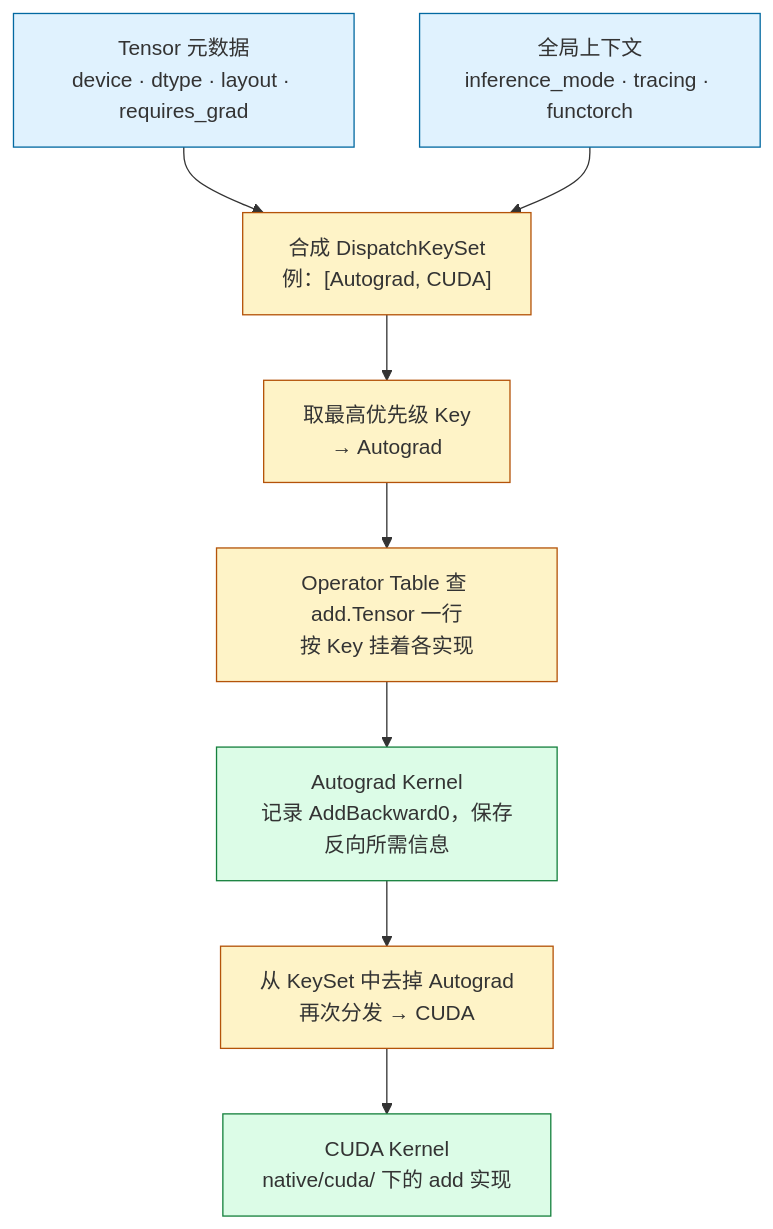
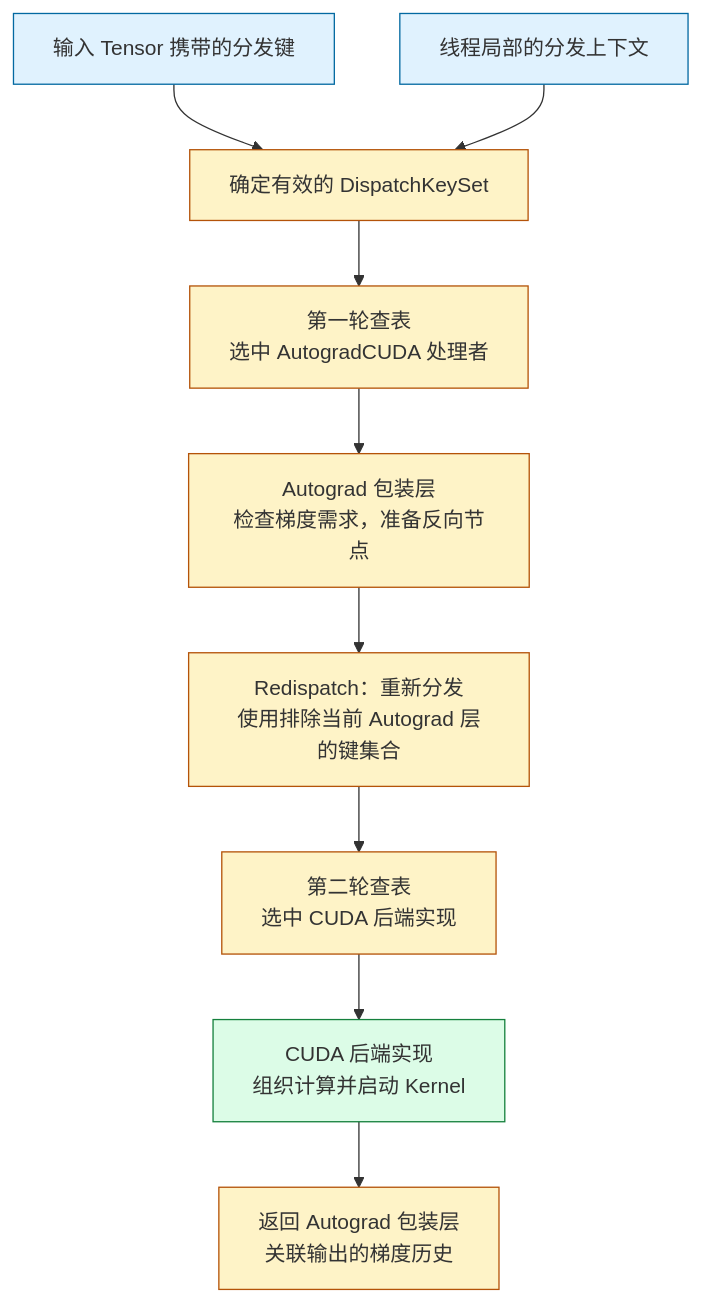
One commit to arganzheng/arganzheng.github.com changed the third of 5 diagrams in _posts/2026-02-17-pytorch-overall-introduction.md. Above: the diagram before and after it, drawn with Mermaid. The commit also changed other lines of this file, not shown here.

Commit message:
优化动态视图总览图

````diff
--- a/_posts/2026-02-17-pytorch-overall-introduction.md
+++ b/_posts/2026-02-17-pytorch-overall-introduction.md
@@ -830,23 +850,25 @@
 ```mermaid
-%% 图：Dispatcher 的两轮查表：先命中 Autograd 记录反向节点，去掉自身 Key 再分发到 CUDA kernel
 flowchart TB
-    META["Tensor 元数据<br/>device · dtype · layout · requires_grad"]
-    CTX["全局上下文<br/>inference_mode · tracing · functorch"]
-    KS["合成 DispatchKeySet<br/>例：#91;Autograd, CUDA#93;"]
-    TOP["取最高优先级 Key<br/>→ Autograd"]
-    TBL["Operator Table 查 add.Tensor 一行<br/>按 Key 挂着各实现"]
-    AG["Autograd Kernel<br/>记录 AddBackward0，保存反向所需信息"]
-    RED["从 KeySet 中去掉 Autograd<br/>再次分发 → CUDA"]
-    CU["CUDA Kernel<br/>native/cuda/ 下的 add 实现"]
+    T["输入 Tensor 携带的分发键"]
+    L["线程局部的分发上下文"]
+    K["确定有效的 DispatchKeySet"]
 
-    META --> KS
-    CTX --> KS
-    KS --> TOP --> TBL --> AG --> RED --> CU
+    D1["第一轮查表<br/>选中 AutogradCUDA 处理者"]
+    A["Autograd 包装层<br/>检查梯度需求，准备反向节点"]
+    R["Redispatch：重新分发<br/>使用排除当前 Autograd 层的键集合"]
+    D2["第二轮查表<br/>选中 CUDA 后端实现"]
+    C["CUDA 后端实现<br/>组织计算并启动 Kernel"]
+    H["返回 Autograd 包装层<br/>关联输出的梯度历史"]
+
+    T --> K
+    L --> K
+    K --> D1 --> A --> R --> D2 --> C --> H
 
     classDef input fill:#e0f2fe,stroke:#0369a1;
-    classDef disp fill:#fef3c7,stroke:#b45309;
-    classDef kern fill:#dcfce7,stroke:#15803d;
-    class META,CTX input;
-    class KS,TOP,TBL,RED disp;
-    class AG,CU kern;
+    classDef dispatch fill:#fef3c7,stroke:#b45309;
+    classDef compute fill:#dcfce7,stroke:#15803d;
+
+    class T,L input;
+    class K,D1,A,R,D2,H dispatch;
+    class C compute;
 ```
````
